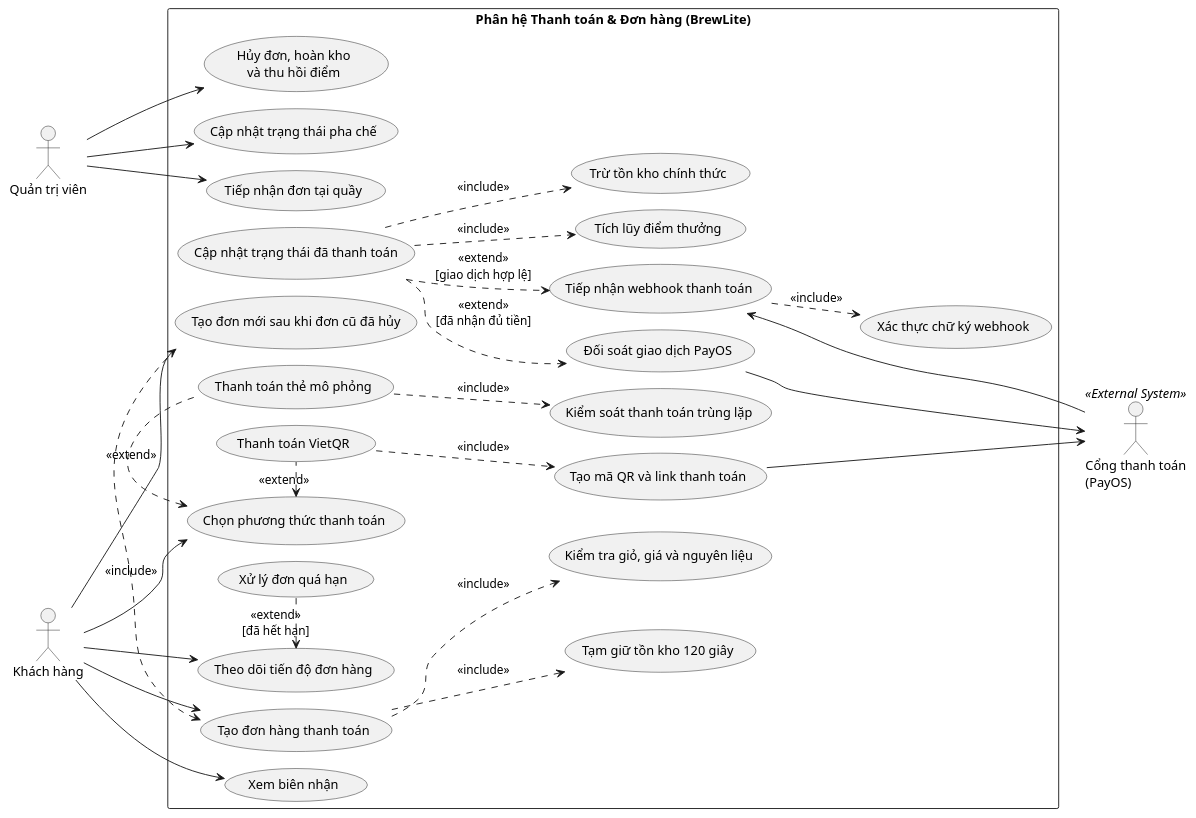
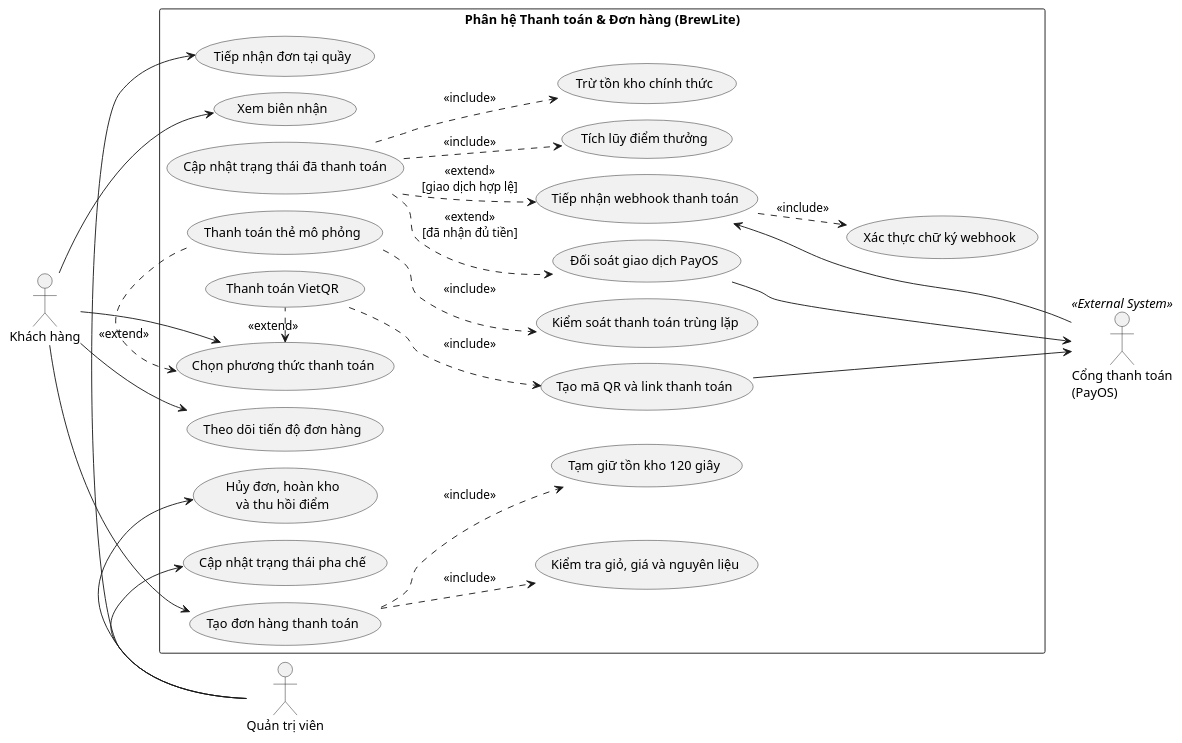
One commit to PhucTruong11/brewlite-assignment2 changed the diagram in docs/diagrams/uc01-order-checkout.puml. Above: the diagram before and after it, drawn with PlantUML. The commit also changed 11 other files, not shown here.

```diff
--- a/docs/diagrams/uc01-order-checkout.puml
+++ b/docs/diagrams/uc01-order-checkout.puml
@@ -1,80 +1,74 @@
 @startuml uc01-order-checkout
 !pragma layout smetana
 left to right direction
 skinparam packageStyle rectangle
 skinparam monochrome true
 skinparam shadowing false
 skinparam defaultFontName Arial
 skinparam roundcorner 4
 skinparam nodesep 20
 skinparam ranksep 34
 
 actor "Quản trị viên" as Admin
 actor "Khách hàng" as Customer
 actor "Cổng thanh toán\n(PayOS)" as PaymentGateway <<External System>>
 
 rectangle "Phân hệ Thanh toán & Đơn hàng (BrewLite)" {
   ' Quản trị viên
   usecase "Hủy đơn, hoàn kho\nvà thu hồi điểm" as UC_CancelAndRestore
   usecase "Tiếp nhận đơn tại quầy" as UC_ReceiveOrderPOS
   usecase "Cập nhật trạng thái pha chế" as UC_UpdateBrewStatus
 
   ' Xác nhận và đối soát giao dịch
   usecase "Tiếp nhận webhook thanh toán" as UC_ReceiveWebhook
   usecase "Xác thực chữ ký webhook" as UC_VerifyHMAC
   usecase "Đối soát giao dịch PayOS" as UC_Reconcile
   usecase "Cập nhật trạng thái đã thanh toán" as UC_UpdatePaid
   usecase "Tích lũy điểm thưởng" as UC_AddLoyalty
   usecase "Trừ tồn kho chính thức" as UC_DeductInventory
 
   ' Khách hàng
   usecase "Xem biên nhận" as UC_ViewInvoice
-  usecase "Tạo đơn mới sau khi đơn cũ đã hủy" as UC_CreateAgain
-  usecase "Xử lý đơn quá hạn" as UC_AutoCancel
   usecase "Tạm giữ tồn kho 120 giây" as UC_Reserve120s
   usecase "Thanh toán thẻ mô phỏng" as UC_PayCard
   usecase "Thanh toán VietQR" as UC_PayVietQR
   usecase "Tạo mã QR và link thanh toán" as UC_CreateQRLink
   usecase "Chọn phương thức thanh toán" as UC_ChoosePayment
   usecase "Theo dõi tiến độ đơn hàng" as UC_TrackOrder
   usecase "Tạo đơn hàng thanh toán" as UC_CreateOrder
   usecase "Kiểm tra giỏ, giá và nguyên liệu" as UC_Validate
   usecase "Kiểm soát thanh toán trùng lặp" as UC_AntiDuplicate
 }
 
 Admin -right-> UC_CancelAndRestore
 Admin -right-> UC_ReceiveOrderPOS
 Admin -right-> UC_UpdateBrewStatus
 
 Customer -right-> UC_ViewInvoice
-Customer -right-> UC_CreateAgain
 Customer -right-> UC_TrackOrder
 Customer -right-> UC_CreateOrder
 Customer -right-> UC_ChoosePayment
 
 UC_CreateOrder ..> UC_Validate : <<include>>
 UC_CreateOrder ..> UC_Reserve120s : <<include>>
-UC_CreateOrder <.right. UC_CreateAgain : <<include>>
-UC_TrackOrder <.right. UC_AutoCancel : <<extend>>\n[đã hết hạn]
 
 UC_ChoosePayment <.right. UC_PayCard : <<extend>>
 UC_ChoosePayment <.right. UC_PayVietQR : <<extend>>
 UC_PayCard ..> UC_AntiDuplicate : <<include>>
 UC_PayVietQR ..> UC_CreateQRLink : <<include>>
 
 UC_CreateQRLink -right-> PaymentGateway
 UC_Reconcile -right-> PaymentGateway
 UC_ReceiveWebhook <-right- PaymentGateway
 UC_ReceiveWebhook ..> UC_VerifyHMAC : <<include>>
 UC_UpdatePaid ..> UC_ReceiveWebhook : <<extend>>\n[giao dịch hợp lệ]
 UC_UpdatePaid ..> UC_Reconcile : <<extend>>\n[đã nhận đủ tiền]
 UC_UpdatePaid ..> UC_DeductInventory : <<include>>
 UC_UpdatePaid ..> UC_AddLoyalty : <<include>>
 
 ' Layout anchors keep both actor columns outside the system boundary.
-Admin -[hidden]-> UC_CreateAgain
 Customer -[hidden]-> UC_ReceiveOrderPOS
 UC_VerifyHMAC -[hidden]-> PaymentGateway
 UC_Validate -[hidden]-> PaymentGateway
 UC_Reserve120s -[hidden]-> PaymentGateway
 @enduml
```
